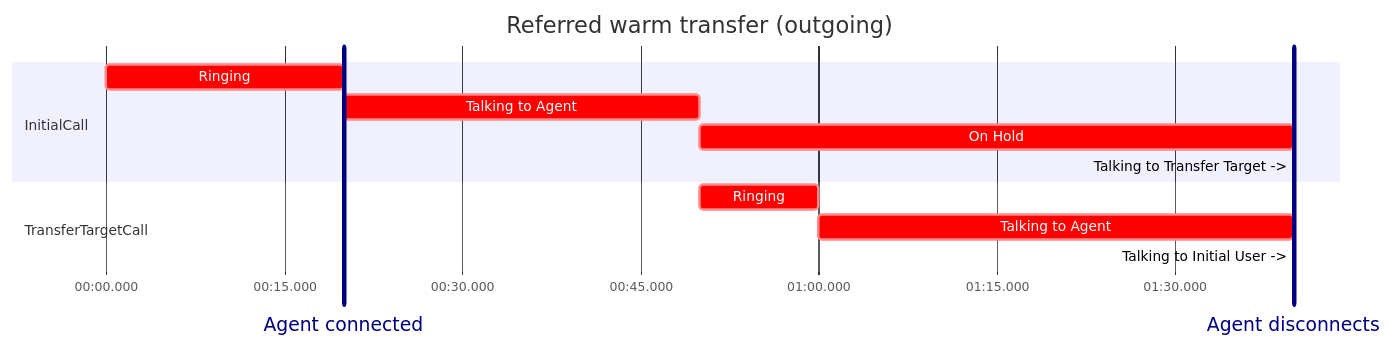
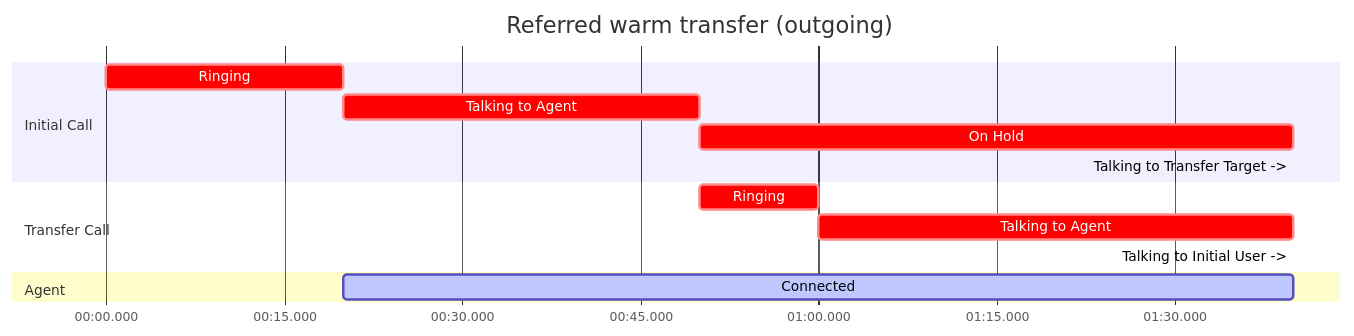
One commit to fixie-ai/ultradox changed the diagram in telephony/sip.mdx. Above: the diagram before and after it, drawn with Mermaid. The commit also changed 1 other file, not shown here.

Commit message:
try agent as third section

````diff
--- a/telephony/sip.mdx
+++ b/telephony/sip.mdx
@@ -155,20 +155,20 @@
 ```mermaid
 gantt
     title Referred warm transfer (outgoing)
     dateFormat x
     axisFormat %M:%S.%L
 
-    section InitialCall
+    section Initial Call
     Ringing                       :crit, 0, 20000ms
     Talking to Agent              :crit, 30000ms
     On Hold                       :crit, 50000ms
     Talking to Transfer Target -> :crit, 0ms
 
-    section TransferTargetCall
+    section Transfer Call
     Ringing                    :crit, 50000, 10000ms
     Talking to Agent           :crit, 40000ms
     Talking to Initial User -> :crit, 0ms
 
-    Agent connected           : vert, 20000, 0ms
-    Agent disconnects         : vert, 100000, 0ms
+    section Agent
+    Connected                 :active, 20000, 80000ms
 ```
````
